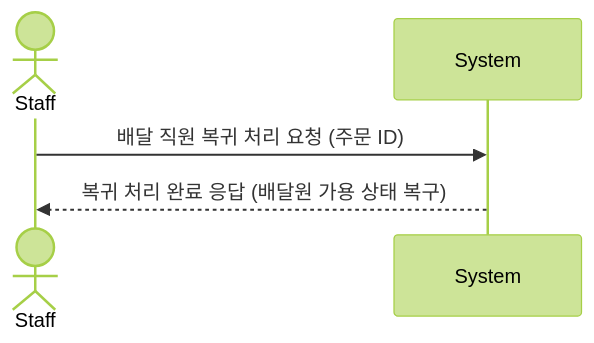
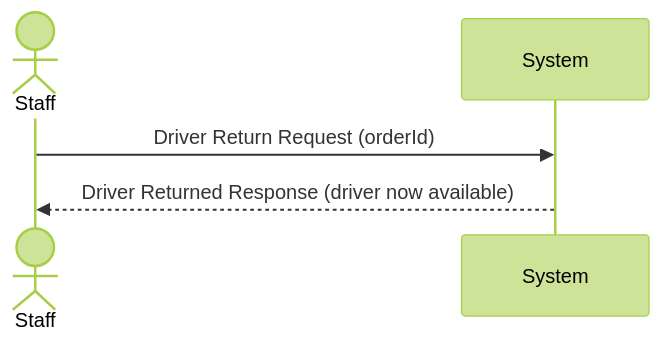
Before and after one commit to Ddogan-zip/ddoganzip-backend: the tenth of 11 diagrams in docs/system-sequence-diagrams.md, drawn with Mermaid (forest theme). The commit also changed other lines of this file, not shown here.

First line of the commit message:
Update sequence diagram messages to English

````diff
--- a/docs/system-sequence-diagrams.md
+++ b/docs/system-sequence-diagrams.md
@@ -132,8 +132,8 @@
 ```mermaid
 sequenceDiagram
     actor Staff
     participant System
 
-    Staff->>System: 배달 직원 복귀 처리 요청 (주문 ID)
-    System-->>Staff: 복귀 처리 완료 응답 (배달원 가용 상태 복구)
+    Staff->>System: Driver Return Request (orderId)
+    System-->>Staff: Driver Returned Response (driver now available)
 ```
````
